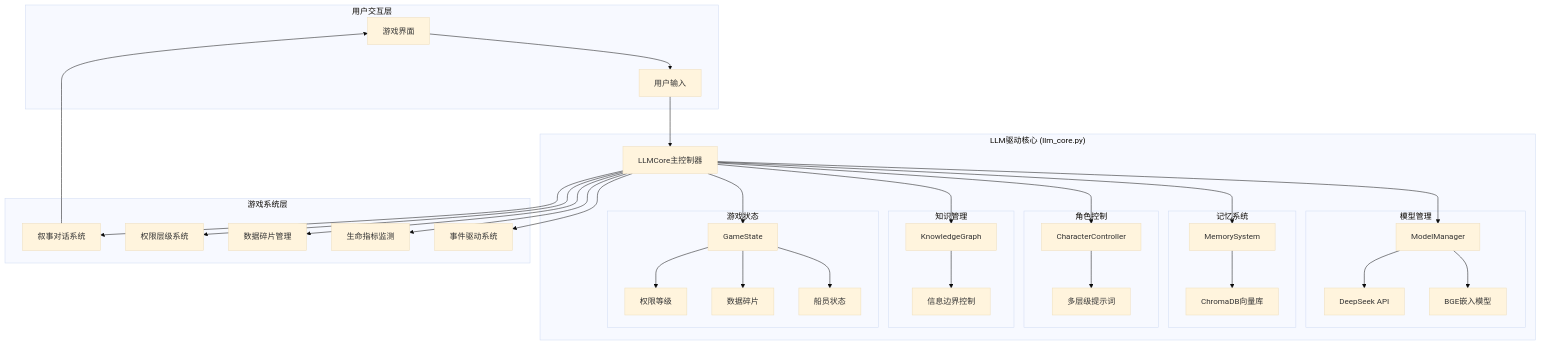
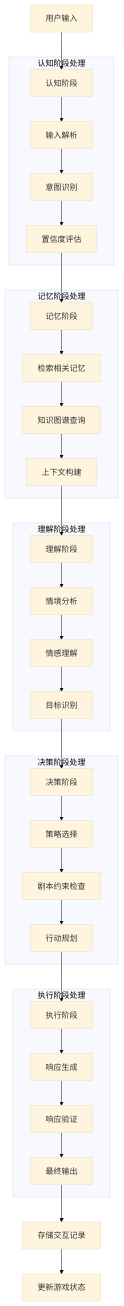
The second of 10 diagrams in .tr/mermaid.md (HeDaas-Code/Neo_Agent), drawn with Mermaid (base theme) before and after one commit. The commit also changed other lines of this file and 5 other files, not shown here.

````diff
--- a/.tr/mermaid.md
+++ b/.tr/mermaid.md
@@ -5,73 +52,45 @@
 ```mermaid
-graph TB
-    subgraph "用户交互层"
-        UI[游戏界面]
-        Input[用户输入]
+flowchart TD
+    INPUT[用户输入] --> COGNITION[认知阶段]
+    
+    subgraph "认知阶段处理"
+        COGNITION --> PARSE[输入解析]
+        PARSE --> INTENT[意图识别]
+        INTENT --> CONFIDENCE[置信度评估]
     end
     
-    subgraph "LLM驱动核心 (llm_core.py)"
-        Core[LLMCore主控制器]
-        
-        subgraph "模型管理"
-            MM[ModelManager]
-            DeepSeek[DeepSeek API]
-            BGE[BGE嵌入模型]
-        end
-        
-        subgraph "记忆系统"
-            MS[MemorySystem]
-            Chroma[ChromaDB向量库]
-        end
-        
-        subgraph "角色控制"
-            CC[CharacterController]
-            Prompts[多层级提示词]
-        end
-        
-        subgraph "知识管理"
-            KG[KnowledgeGraph]
-            Info[信息边界控制]
-        end
-        
-        subgraph "游戏状态"
-            GS[GameState]
-            Perms[权限等级]
-            Frags[数据碎片]
-            Crew[船员状态]
-        end
+    CONFIDENCE --> MEMORY[记忆阶段]
+    
+    subgraph "记忆阶段处理"
+        MEMORY --> RETRIEVE[检索相关记忆]
+        RETRIEVE --> KNOWLEDGE[知识图谱查询]
+        KNOWLEDGE --> CONTEXT[上下文构建]
     end
     
-    subgraph "游戏系统层"
-        NS[叙事对话系统]
-        PS[权限层级系统]
-        DM[数据碎片管理]
-        LM[生命指标监测]
-        ED[事件驱动系统]
+    CONTEXT --> UNDERSTANDING[理解阶段]
+    
+    subgraph "理解阶段处理"
+        UNDERSTANDING --> ANALYZE[情境分析]
+        ANALYZE --> EMOTION[情感理解]
+        EMOTION --> GOAL[目标识别]
     end
     
-    %% 数据流向
-    UI --> Input
-    Input --> Core
-    Core --> MM
-    Core --> MS
-    Core --> CC
-    Core --> KG
-    Core --> GS
+    GOAL --> DECISION[决策阶段]
     
-    MM --> DeepSeek
-    MM --> BGE
-    MS --> Chroma
-    CC --> Prompts
-    KG --> Info
-    GS --> Perms
-    GS --> Frags
-    GS --> Crew
+    subgraph "决策阶段处理"
+        DECISION --> STRATEGY[策略选择]
+        STRATEGY --> SCRIPT_CHECK[剧本约束检查]
+        SCRIPT_CHECK --> ACTION[行动规划]
+    end
     
-    Core --> NS
-    Core --> PS
-    Core --> DM
-    Core --> LM
-    Core --> ED
+    ACTION --> EXECUTION[执行阶段]
     
-    NS --> UI
+    subgraph "执行阶段处理"
+        EXECUTION --> GENERATE[响应生成]
+        GENERATE --> VALIDATE[响应验证]
+        VALIDATE --> OUTPUT[最终输出]
+    end
+    
+    OUTPUT --> STORE[存储交互记录]
+    STORE --> UPDATE[更新游戏状态]
 ```
````
